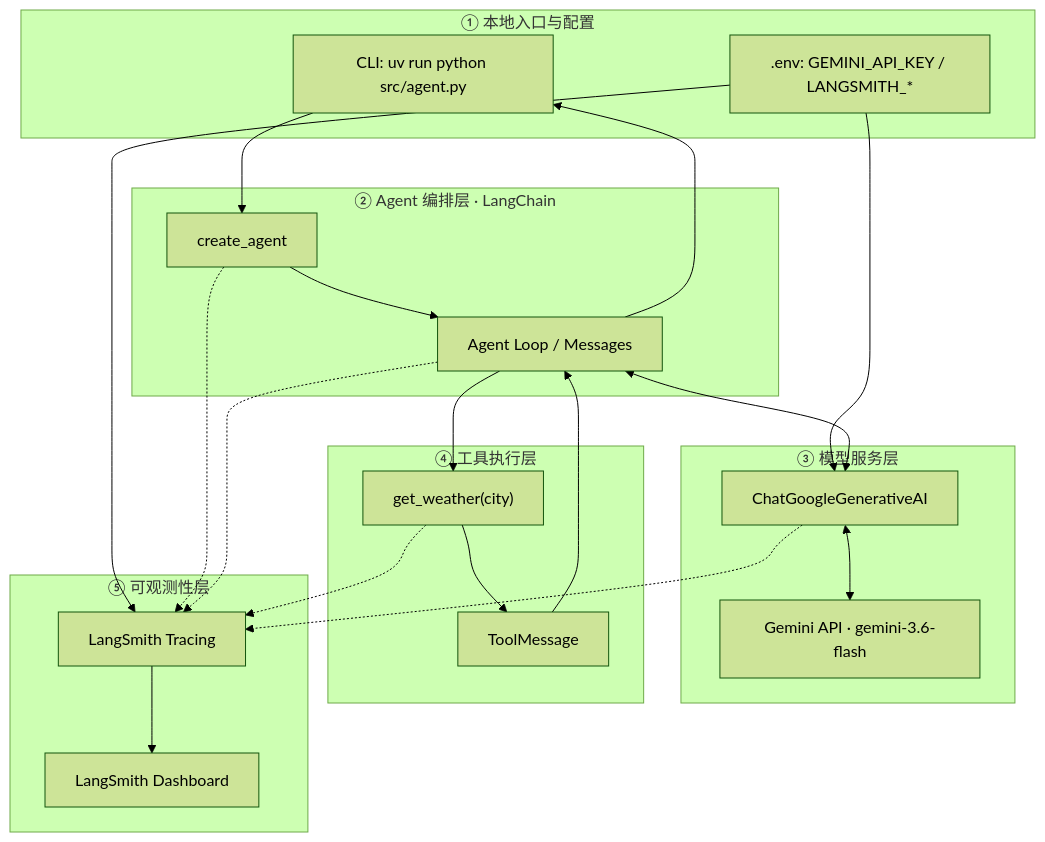
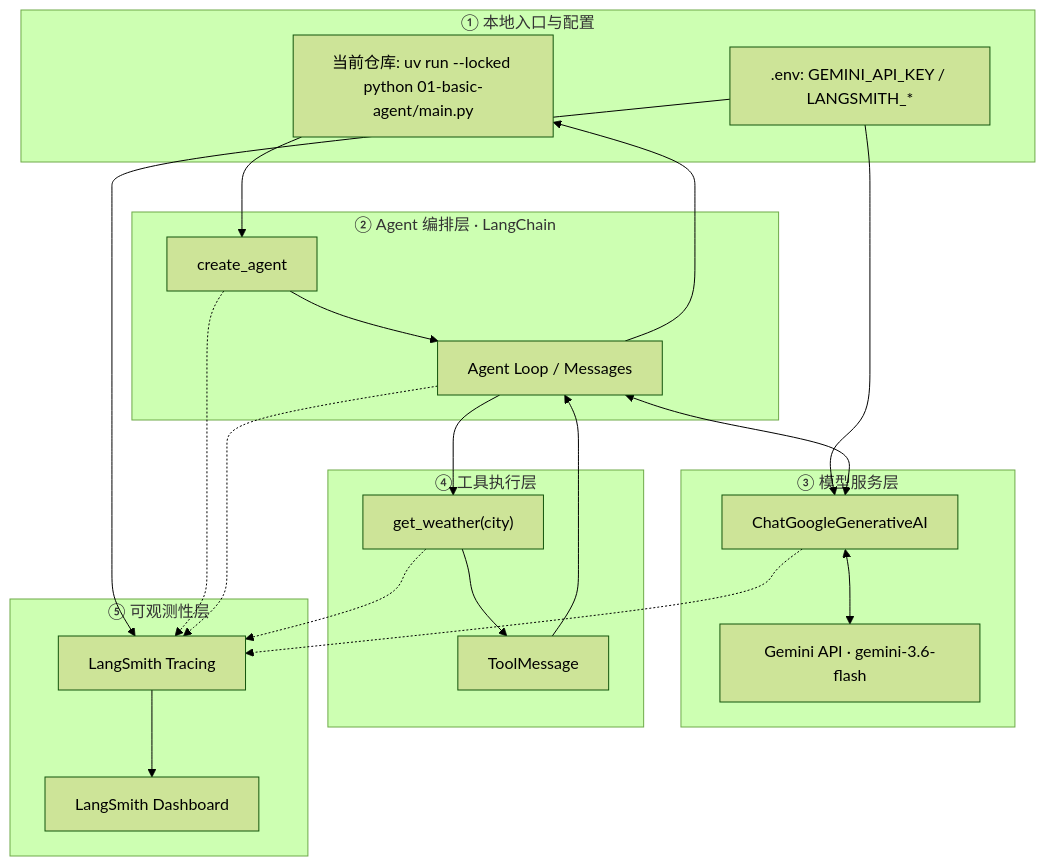
Before and after one commit to ai-agent-lab-cn/zr-langChain: the fifth of 5 diagrams in 01-basic-agent/README.md, drawn with Mermaid (forest theme). The commit also changed other lines of this file, not shown here.

Commit message:
docs(ch01): align current repo entry and explain agent message protocol

````diff
--- a/01-basic-agent/README.md
+++ b/01-basic-agent/README.md
@@ -309,40 +389,40 @@
 ```mermaid
 flowchart TB
     subgraph ENTRY["① 本地入口与配置"]
-        CLI["CLI: uv run python src/agent.py"]
+        CLI["当前仓库: uv run --locked python 01-basic-agent/main.py"]
         ENV[".env: GEMINI_API_KEY / LANGSMITH_* "]
     end
 
     subgraph AGENT["② Agent 编排层 · LangChain"]
         CREATE["create_agent"]
         LOOP["Agent Loop / Messages"]
     end
 
     subgraph MODEL["③ 模型服务层"]
         ADAPTER["ChatGoogleGenerativeAI"]
         GEMINI["Gemini API · gemini-3.6-flash"]
     end
 
     subgraph TOOL["④ 工具执行层"]
         WEATHER["get_weather(city)"]
         TOOLMSG["ToolMessage"]
     end
 
     subgraph OBS["⑤ 可观测性层"]
         SDK["LangSmith Tracing"]
         UI["LangSmith Dashboard"]
     end
 
     CLI --> CREATE --> LOOP
     ENV --> ADAPTER
     ENV --> SDK
     LOOP <--> ADAPTER
     ADAPTER <--> GEMINI
     LOOP --> WEATHER --> TOOLMSG --> LOOP
     LOOP --> CLI
     CREATE -.-> SDK
     LOOP -.-> SDK
     ADAPTER -.-> SDK
     WEATHER -.-> SDK
     SDK --> UI
 ```
````
